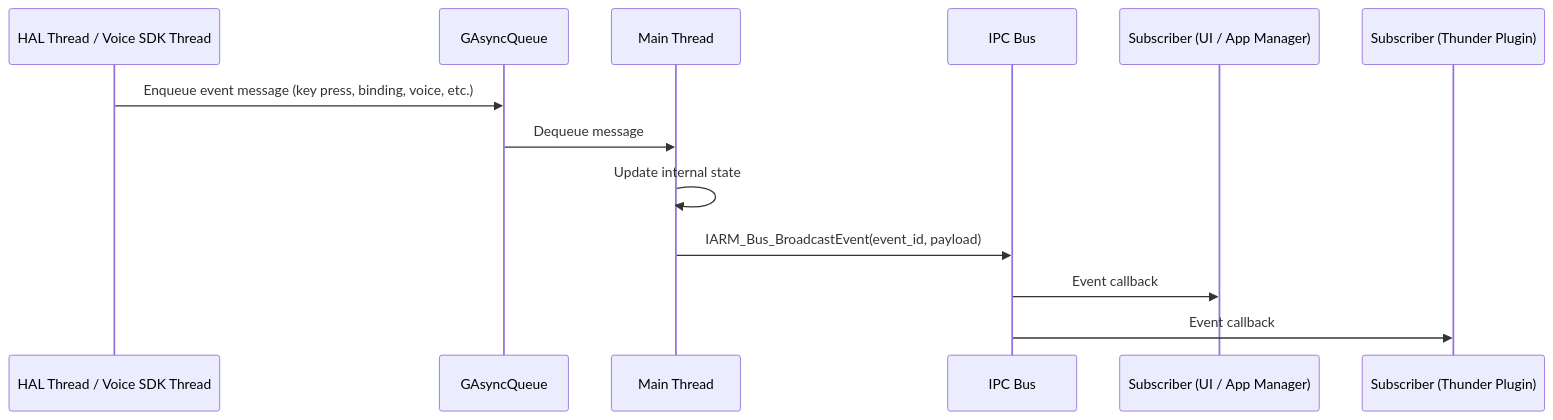
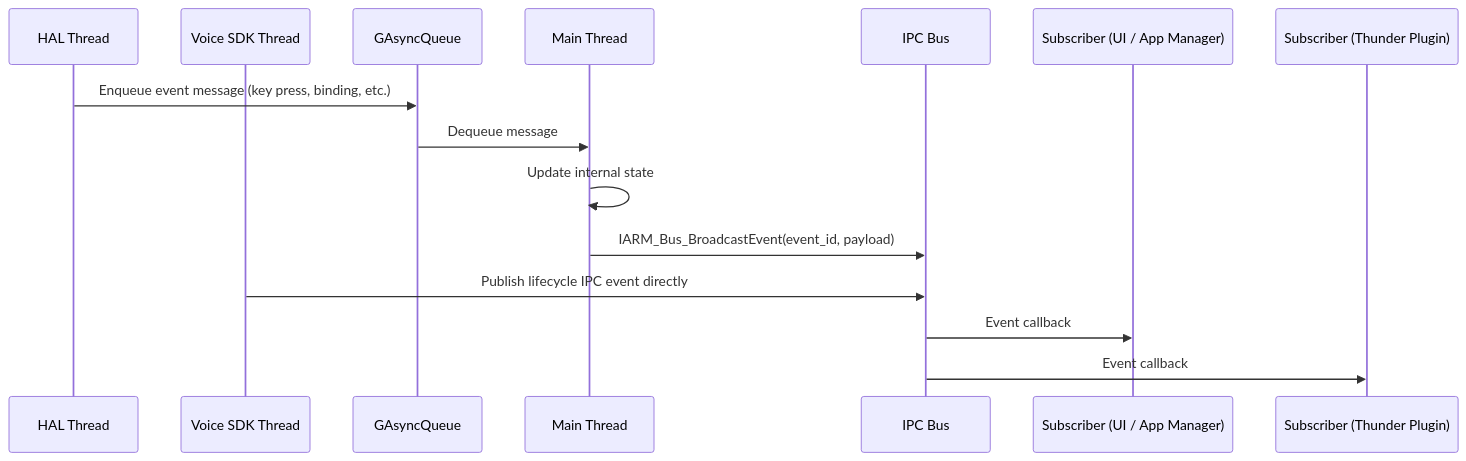
Before and after one commit to rdkcentral/control: the seventh of 7 diagrams in docs/README.md, drawn with Mermaid. The commit also changed other lines of this file, not shown here.

````diff
--- a/docs/README.md
+++ b/docs/README.md
@@ -363,16 +363,18 @@
 ```mermaid
 sequenceDiagram
-    participant HAL as HAL Thread / Voice SDK Thread
+    participant HAL as HAL Thread
+    participant Voice as Voice SDK Thread
     participant Queue as GAsyncQueue
     participant Main as Main Thread
     participant IPCBus as IPC Bus
     participant Sub1 as Subscriber (UI / App Manager)
     participant Sub2 as Subscriber (Thunder Plugin)
 
-    HAL->>Queue: Enqueue event message (key press, binding, voice, etc.)
+    HAL->>Queue: Enqueue event message (key press, binding, etc.)
     Queue->>Main: Dequeue message
     Main->>Main: Update internal state
     Main->>IPCBus: IARM_Bus_BroadcastEvent(event_id, payload)
+    Voice->>IPCBus: Publish lifecycle IPC event directly
     IPCBus->>Sub1: Event callback
     IPCBus->>Sub2: Event callback
 ```
````
